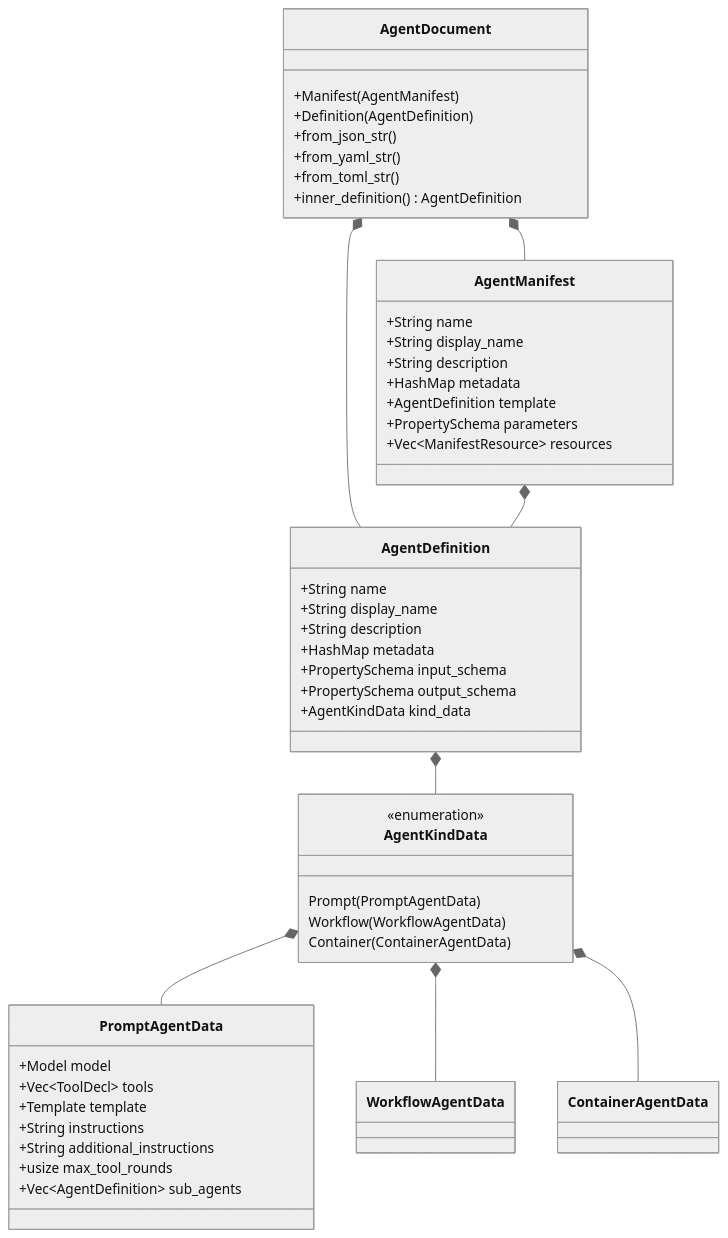
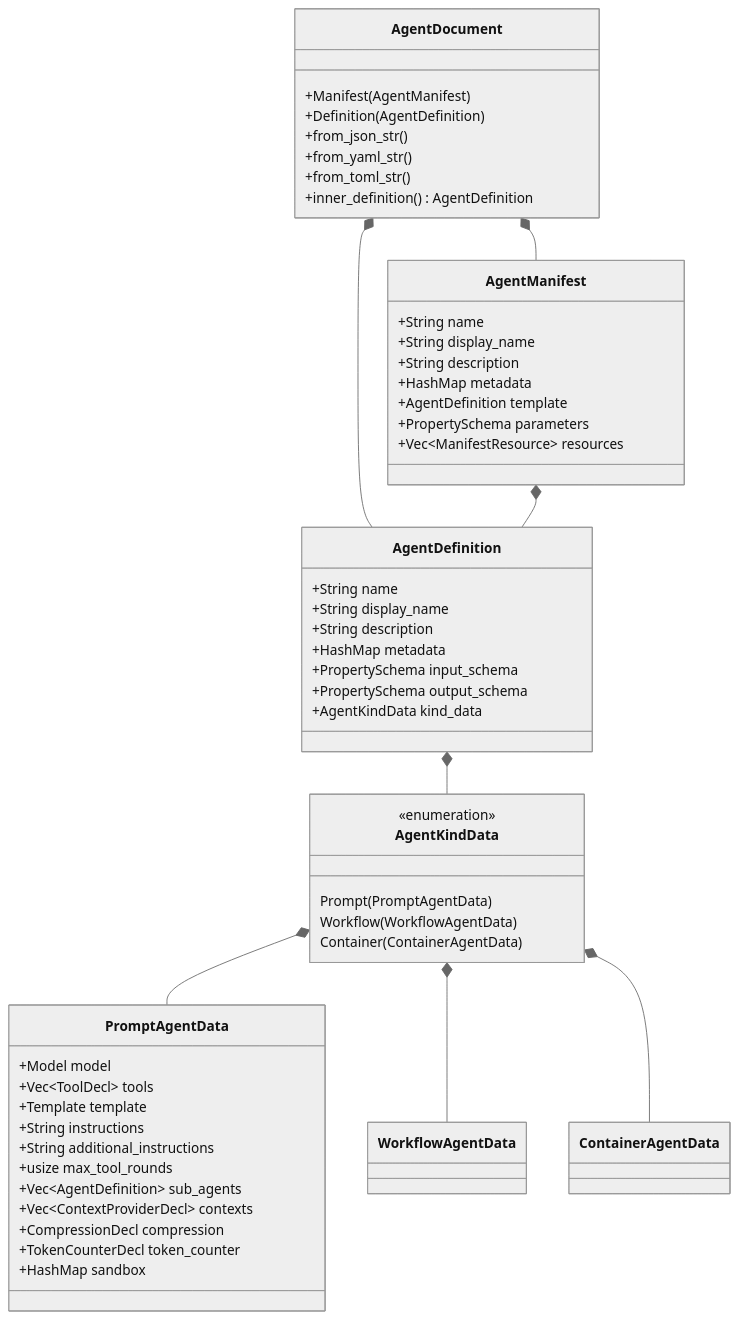
Before and after one commit to Rust-Framework/rust-agent-framework: the first of 2 diagrams in docs/10-macros-declarative/declarative-config.md, drawn with Mermaid (neutral theme). The commit also changed other lines of this file and 16 other files, not shown here.

````diff
--- a/docs/10-macros-declarative/declarative-config.md
+++ b/docs/10-macros-declarative/declarative-config.md
@@ -7,56 +7,60 @@
 ```mermaid
 classDiagram
     class AgentDocument {
         +Manifest(AgentManifest)
         +Definition(AgentDefinition)
         +from_json_str()
         +from_yaml_str()
         +from_toml_str()
         +inner_definition() AgentDefinition
     }
 
     class AgentManifest {
         +String name
         +String display_name
         +String description
         +HashMap metadata
         +AgentDefinition template
         +PropertySchema parameters
         +Vec~ManifestResource~ resources
     }
 
     class AgentDefinition {
         +String name
         +String display_name
         +String description
         +HashMap metadata
         +PropertySchema input_schema
         +PropertySchema output_schema
         +AgentKindData kind_data
     }
 
     class AgentKindData {
         <<enumeration>>
         Prompt(PromptAgentData)
         Workflow(WorkflowAgentData)
         Container(ContainerAgentData)
     }
 
     class PromptAgentData {
         +Model model
         +Vec~ToolDecl~ tools
         +Template template
         +String instructions
         +String additional_instructions
         +usize max_tool_rounds
         +Vec~AgentDefinition~ sub_agents
+        +Vec~ContextProviderDecl~ contexts
+        +CompressionDecl compression
+        +TokenCounterDecl token_counter
+        +HashMap sandbox
     }
 
     AgentDocument *-- AgentManifest
     AgentDocument *-- AgentDefinition
     AgentManifest *-- AgentDefinition
     AgentDefinition *-- AgentKindData
     AgentKindData *-- PromptAgentData
     AgentKindData *-- WorkflowAgentData
     AgentKindData *-- ContainerAgentData
 ```
````
